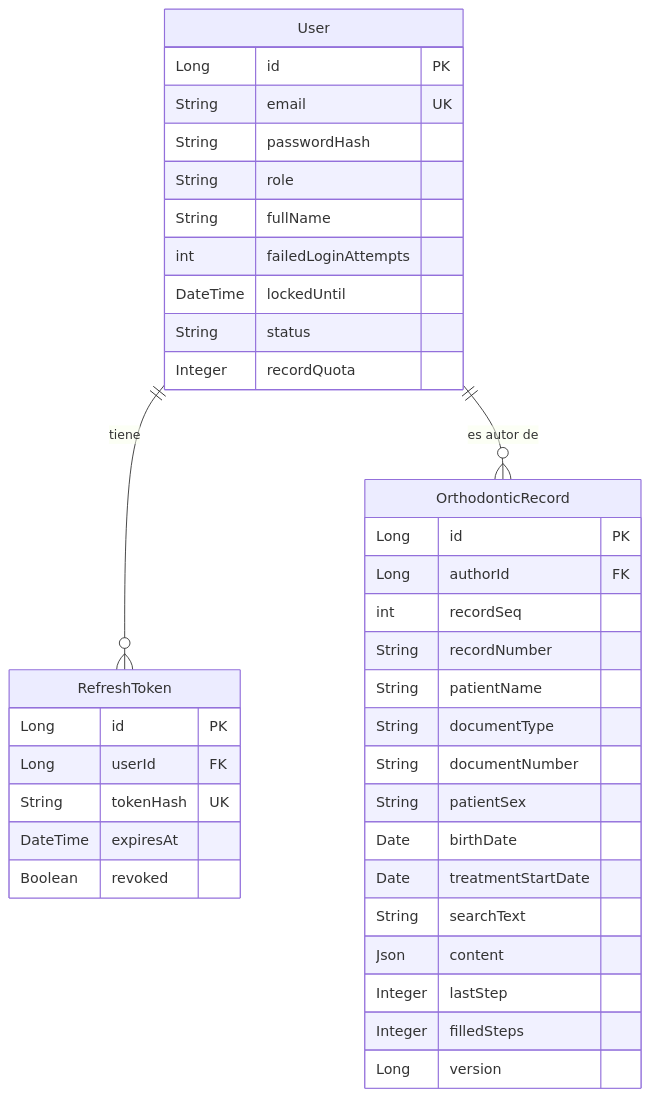
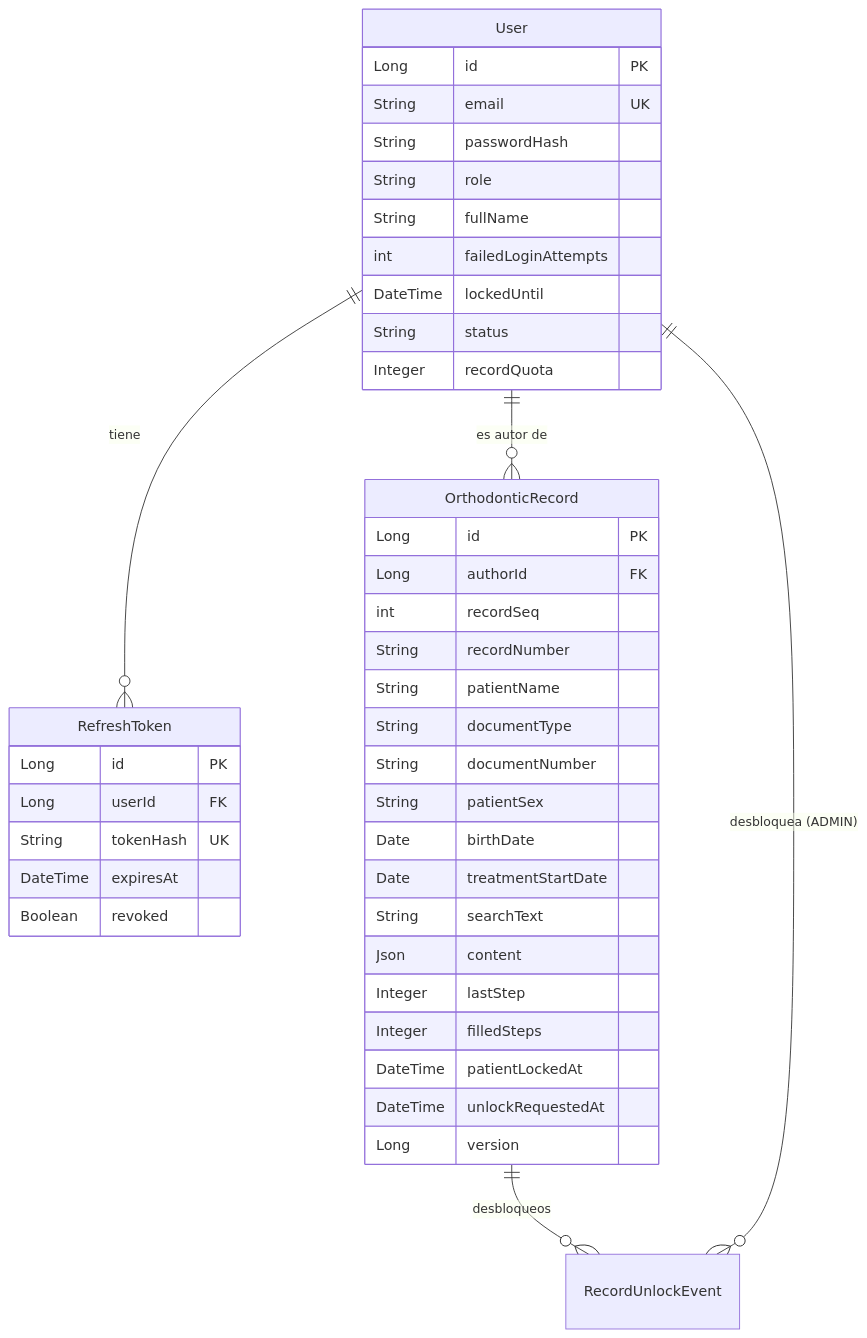
One commit to Davico84/HSOFACOP changed the diagram in docs/domain.md. Above: the diagram before and after it, drawn with Mermaid. The commit also changed other lines of this file and 9 other files, not shown here.

````diff
--- a/docs/domain.md
+++ b/docs/domain.md
@@ -103,41 +108,45 @@
 ```mermaid
 erDiagram
     User ||--o{ RefreshToken : "tiene"
     User ||--o{ OrthodonticRecord : "es autor de"
+    OrthodonticRecord ||--o{ RecordUnlockEvent : "desbloqueos"
+    User ||--o{ RecordUnlockEvent : "desbloquea (ADMIN)"
 
     User {
         Long id PK
         String email UK
         String passwordHash
         String role
         String fullName
         int failedLoginAttempts
         DateTime lockedUntil
         String status
         Integer recordQuota
     }
     RefreshToken {
         Long id PK
         Long userId FK
         String tokenHash UK
         DateTime expiresAt
         Boolean revoked
     }
     OrthodonticRecord {
         Long id PK
         Long authorId FK
         int recordSeq
         String recordNumber
         String patientName
         String documentType
         String documentNumber
         String patientSex
         Date birthDate
         Date treatmentStartDate
         String searchText
         Json content
         Integer lastStep
         Integer filledSteps
+        DateTime patientLockedAt
+        DateTime unlockRequestedAt
         Long version
     }
 ```
````
